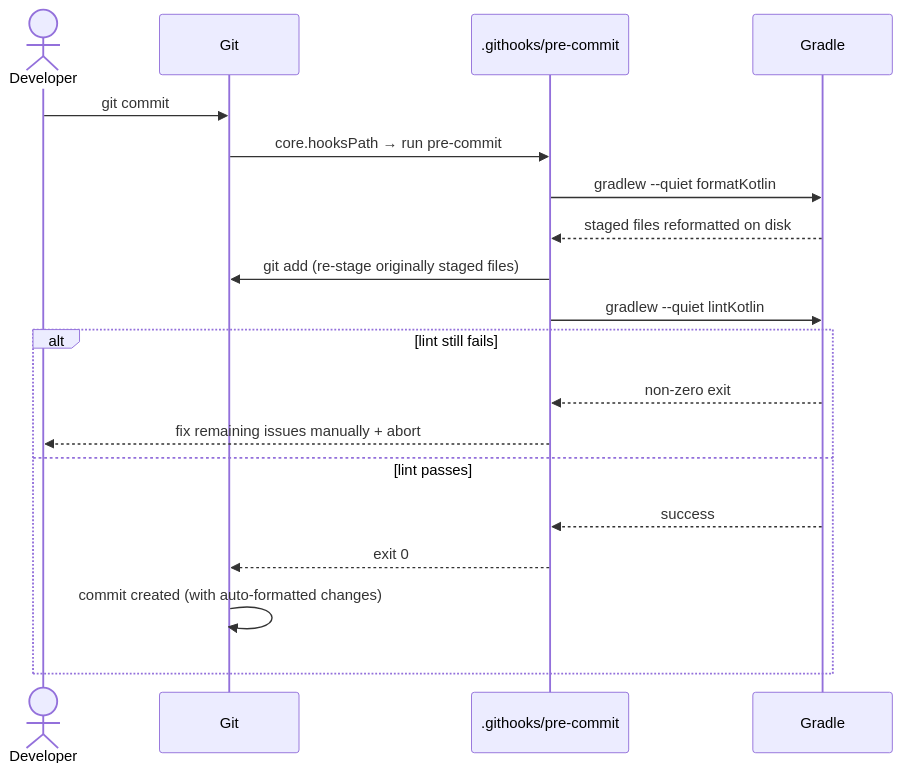
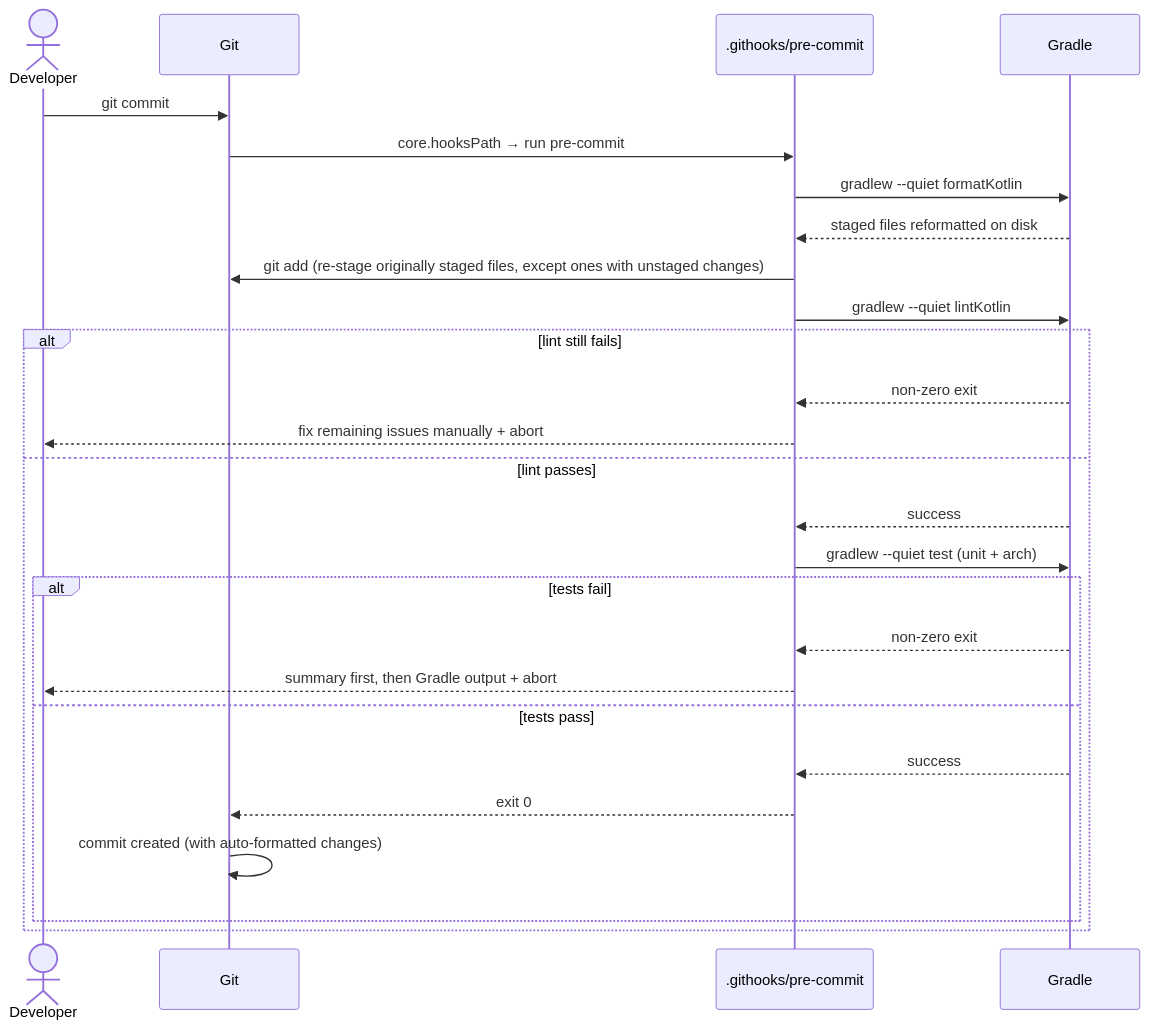
The eighth of 8 diagrams in ARCHITECTURE.md (Mariyo/ktor-template), drawn with Mermaid before and after one commit. The commit also changed other lines of this file and 2 other files, not shown here.

Commit message:
fix(docs): correct spelling and improve clarity in AGENTS.md and ARCHITECTURE.md; enhance error handling description in README.md

````diff
--- a/ARCHITECTURE.md
+++ b/ARCHITECTURE.md
@@ -255,22 +257,29 @@
 ```mermaid
 sequenceDiagram
     actor Dev as Developer
     participant Git
     participant Hook as .githooks/pre-commit
     participant Gradle
 
     Dev->>Git: git commit
     Git->>Hook: core.hooksPath → run pre-commit
     Hook->>Gradle: gradlew --quiet formatKotlin
     Gradle-->>Hook: staged files reformatted on disk
-    Hook->>Git: git add (re-stage originally staged files)
+    Hook->>Git: git add (re-stage originally staged files, except ones with unstaged changes)
     Hook->>Gradle: gradlew --quiet lintKotlin
     alt lint still fails
         Gradle-->>Hook: non-zero exit
         Hook-->>Dev: fix remaining issues manually + abort
     else lint passes
         Gradle-->>Hook: success
-        Hook-->>Git: exit 0
-        Git->>Git: commit created (with auto-formatted changes)
+        Hook->>Gradle: gradlew --quiet test (unit + arch)
+        alt tests fail
+            Gradle-->>Hook: non-zero exit
+            Hook-->>Dev: summary first, then Gradle output + abort
+        else tests pass
+            Gradle-->>Hook: success
+            Hook-->>Git: exit 0
+            Git->>Git: commit created (with auto-formatted changes)
+        end
     end
 ```
````
